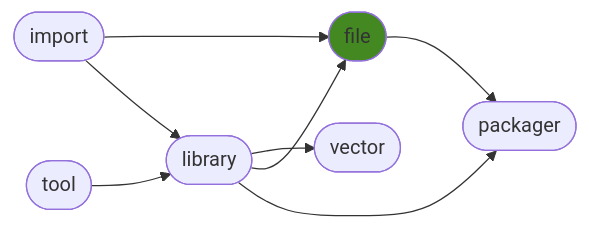
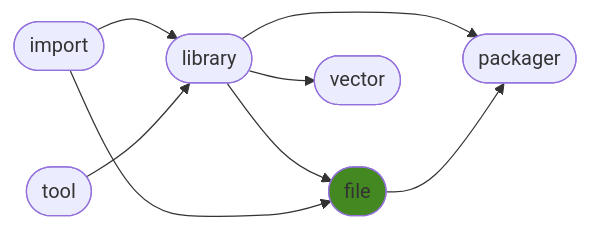
The diagram in README.md (ManderaGeneral/generalfile), drawn with Mermaid before and after one commit. The commit also changed other lines of this file, not shown here.

````diff
--- a/README.md
+++ b/README.md
@@ -24,17 +24,17 @@
 ```mermaid
 flowchart LR
+0([import]) --> 2([library])
 2([library]) --> 4([vector])
-0([import]) --> 3([file])
-0([import]) --> 2([library])
+2([library]) --> 5([packager])
 2([library]) --> 3([file])
 1([tool]) --> 2([library])
-2([library]) --> 5([packager])
+0([import]) --> 3([file])
 3([file]) --> 5([packager])
 click 0 "https://github.com/ManderaGeneral/generalimport"
 click 1 "https://github.com/ManderaGeneral/generaltool"
 click 2 "https://github.com/ManderaGeneral/generallibrary"
 click 3 "https://github.com/ManderaGeneral/generalfile"
 click 4 "https://github.com/ManderaGeneral/generalvector"
 click 5 "https://github.com/ManderaGeneral/generalpackager"
 style 3 fill:#482
 ```
````
